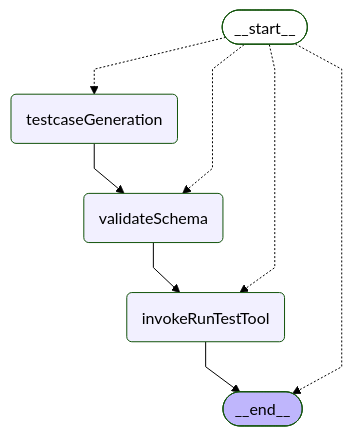
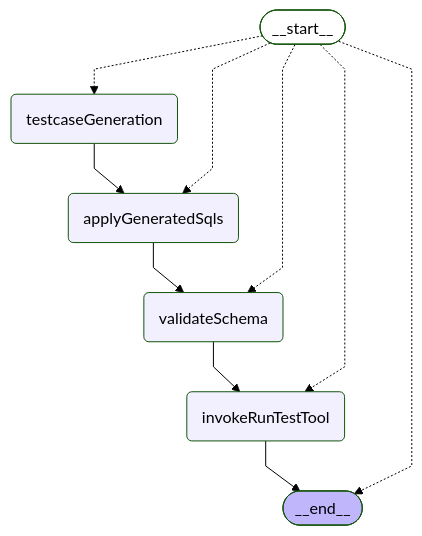
Before and after one commit to yzkee/liam: the fifth of 6 diagrams in frontend/internal-packages/agent/README.md, drawn with Mermaid (forest theme). The commit also changed other lines of this file and 1 other file, not shown here.

First line of the commit message:
test: Update QA Agent graph tests and documentation

````diff
--- a/frontend/internal-packages/agent/README.md
+++ b/frontend/internal-packages/agent/README.md
@@ -232,19 +232,22 @@
 ```mermaid
 %%{init: {'flowchart': {'curve': 'linear'}}}%%
 graph TD;
 	__start__([<p>__start__</p>]):::first
 	testcaseGeneration(testcaseGeneration)
+	applyGeneratedSqls(applyGeneratedSqls)
 	validateSchema(validateSchema)
 	invokeRunTestTool(invokeRunTestTool)
 	__end__([<p>__end__</p>]):::last
+	applyGeneratedSqls --> validateSchema;
 	invokeRunTestTool --> __end__;
-	testcaseGeneration --> validateSchema;
+	testcaseGeneration --> applyGeneratedSqls;
 	validateSchema --> invokeRunTestTool;
 	__start__ -.-> testcaseGeneration;
+	__start__ -.-> applyGeneratedSqls;
 	__start__ -.-> validateSchema;
 	__start__ -.-> invokeRunTestTool;
 	__start__ -.-> __end__;
 	classDef default fill:#f2f0ff,line-height:1.2;
 	classDef first fill-opacity:0;
 	classDef last fill:#bfb6fc;
 ```
````
